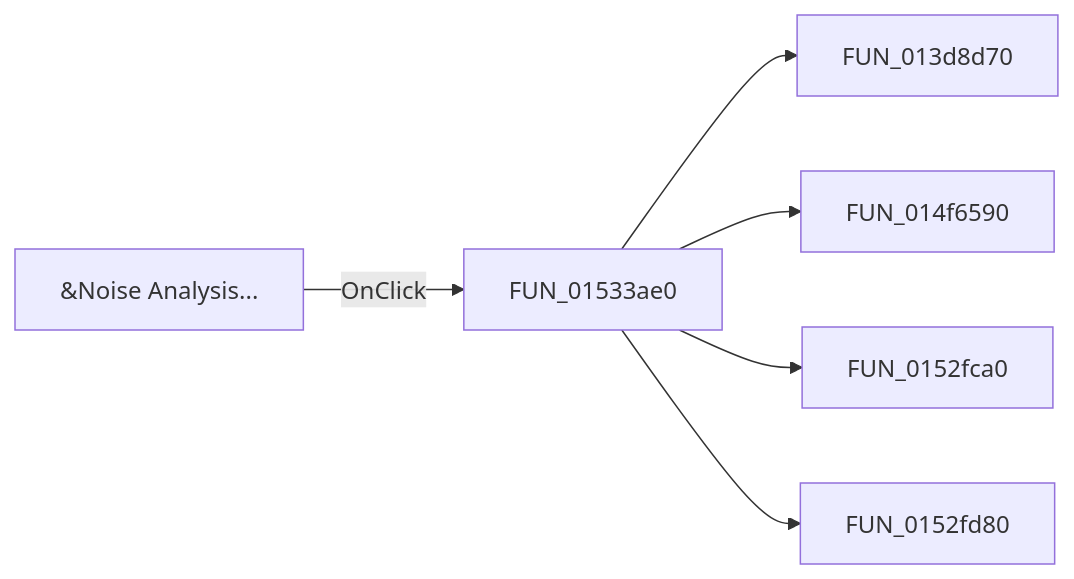
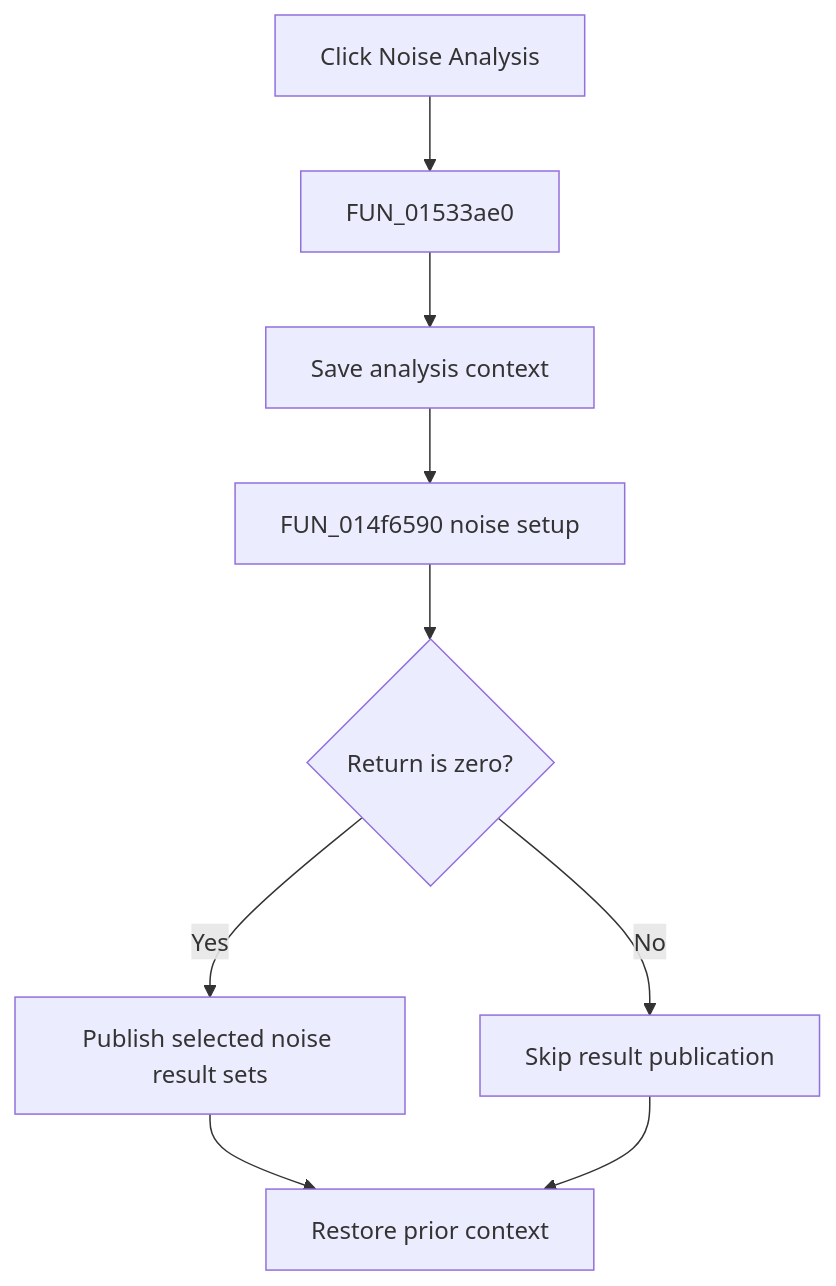
Before and after one commit to MovGP0/TIARA: the diagram in docs/ui-controls/netlisteditor/minoiseanalysis-a4ace1e017.md, drawn with Mermaid. The commit also changed other lines of this file and 1062 other files, not shown here.

````diff
--- a/docs/ui-controls/netlisteditor/minoiseanalysis-a4ace1e017.md
+++ b/docs/ui-controls/netlisteditor/minoiseanalysis-a4ace1e017.md
@@ -27,8 +29,11 @@
 ```mermaid
-flowchart LR
-    control["&Noise Analysis..."] -->|OnClick| handler["FUN_01533ae0"]
-    handler --> call1["FUN_013d8d70"]
-    handler --> call2["FUN_014f6590"]
-    handler --> call3["FUN_0152fca0"]
-    handler --> call4["FUN_0152fd80"]
+flowchart TD
+    control["Click Noise Analysis"] --> handler["FUN_01533ae0"]
+    handler --> prepare["Save analysis context"]
+    prepare --> setup["FUN_014f6590 noise setup"]
+    setup --> zero{"Return is zero?"}
+    zero -->|Yes| publish["Publish selected noise result sets"]
+    zero -->|No| skip["Skip result publication"]
+    publish --> restore["Restore prior context"]
+    skip --> restore
 ```
````
